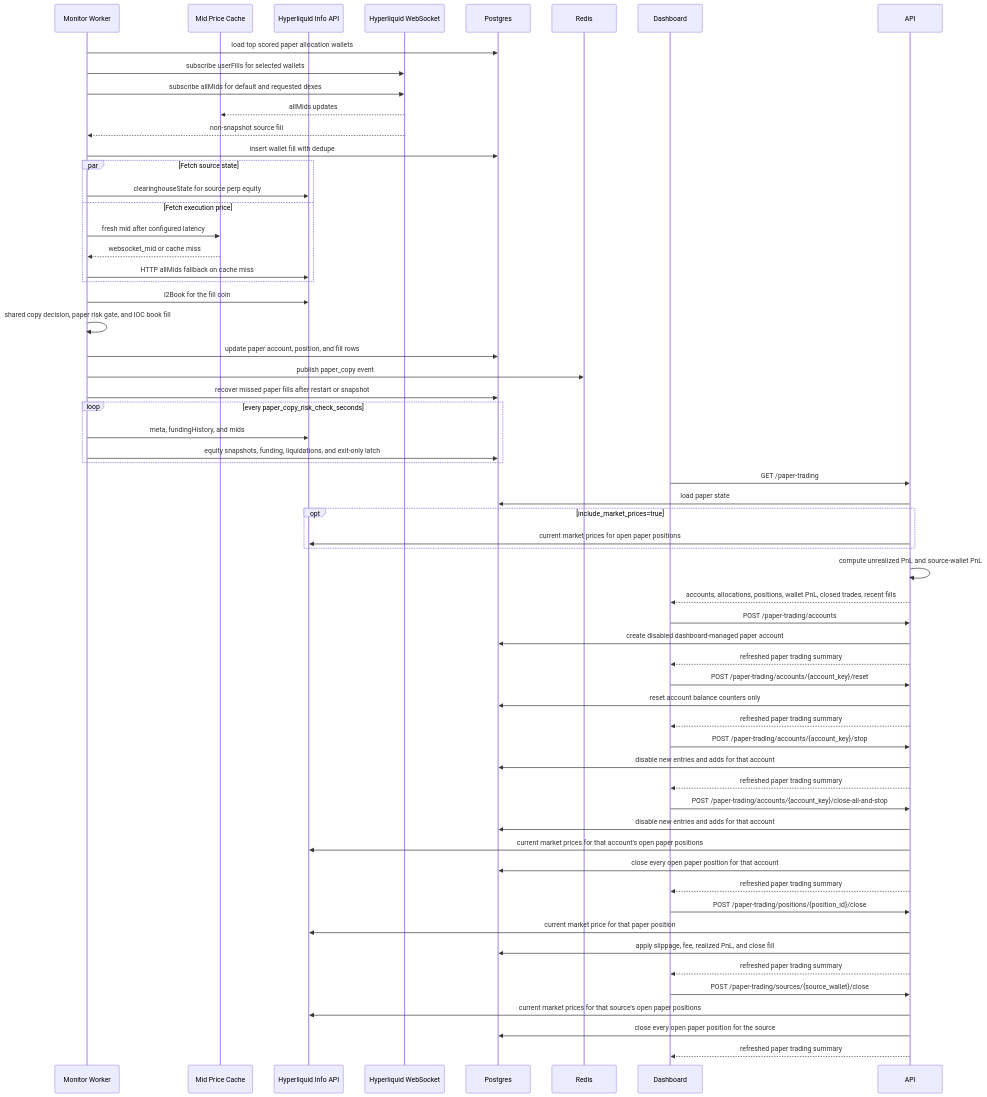
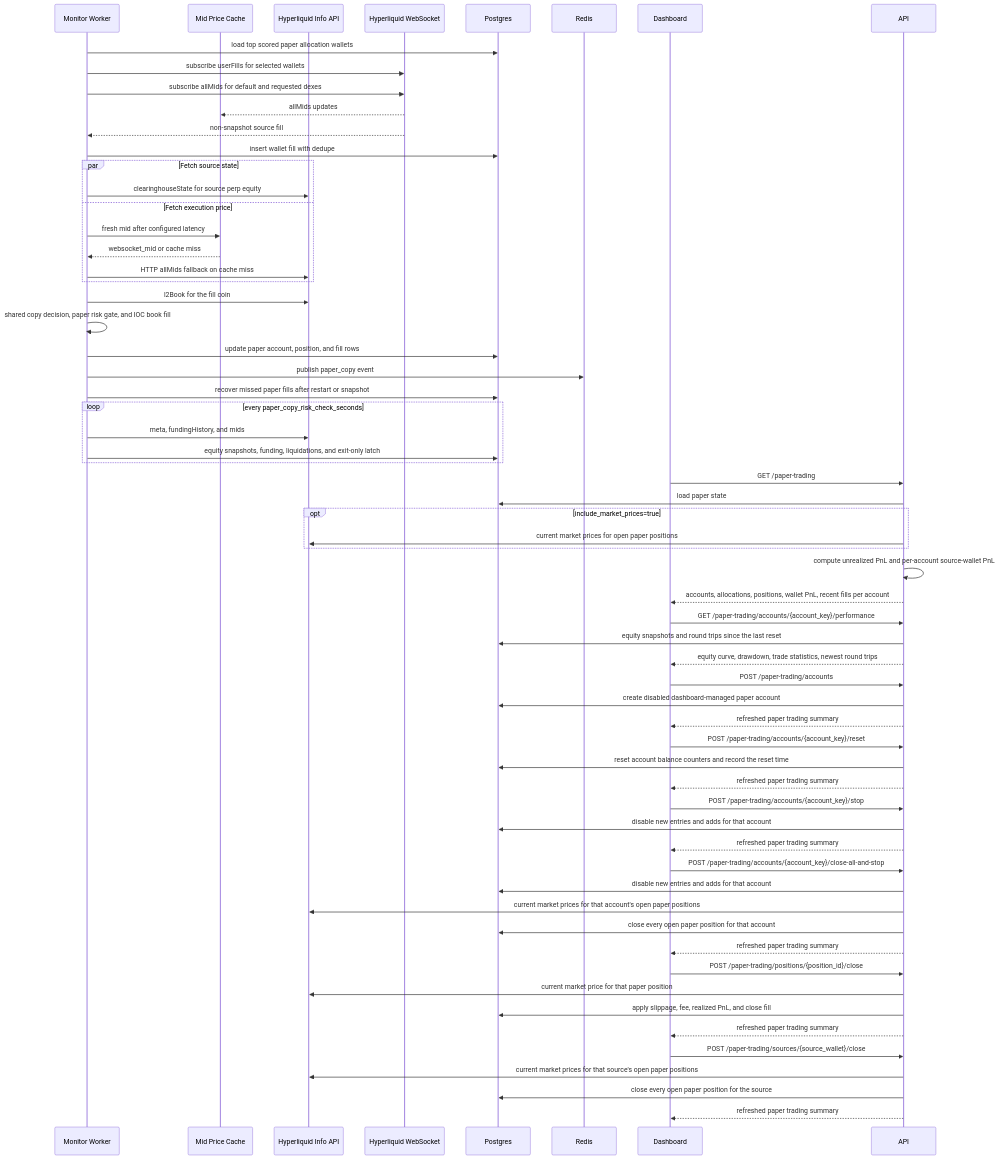
The tenth of 10 diagrams in docs/architecture.md (DrottPoker/copytrading-agent), drawn with Mermaid before and after one commit. The commit also changed other lines of this file and 32 other files, not shown here.

First line of the commit message:
Measure paper performance on equity and round trips

````diff
--- a/docs/architecture.md
+++ b/docs/architecture.md
@@ -1121,62 +1121,65 @@
 ```mermaid
 sequenceDiagram
   participant Worker as Monitor Worker
   participant PriceCache as Mid Price Cache
   participant HL as Hyperliquid Info API
   participant WS as Hyperliquid WebSocket
   participant DB as Postgres
   participant Redis as Redis
   participant UI as Dashboard
 
   Worker->>DB: load top scored paper allocation wallets
   Worker->>WS: subscribe userFills for selected wallets
   Worker->>WS: subscribe allMids for default and requested dexes
   WS-->>PriceCache: allMids updates
   WS-->>Worker: non-snapshot source fill
   Worker->>DB: insert wallet fill with dedupe
   par Fetch source state
     Worker->>HL: clearinghouseState for source perp equity
   and Fetch execution price
     Worker->>PriceCache: fresh mid after configured latency
     PriceCache-->>Worker: websocket_mid or cache miss
     Worker->>HL: HTTP allMids fallback on cache miss
   end
   Worker->>HL: l2Book for the fill coin
   Worker->>Worker: shared copy decision, paper risk gate, and IOC book fill
   Worker->>DB: update paper account, position, and fill rows
   Worker->>Redis: publish paper_copy event
   Worker->>DB: recover missed paper fills after restart or snapshot
   loop every paper_copy_risk_check_seconds
     Worker->>HL: meta, fundingHistory, and mids
     Worker->>DB: equity snapshots, funding, liquidations, and exit-only latch
   end
   UI->>API: GET /paper-trading
   API->>DB: load paper state
   opt include_market_prices=true
     API->>HL: current market prices for open paper positions
   end
-  API->>API: compute unrealized PnL and source-wallet PnL
-  API-->>UI: accounts, allocations, positions, wallet PnL, closed trades, recent fills
+  API->>API: compute unrealized PnL and per-account source-wallet PnL
+  API-->>UI: accounts, allocations, positions, wallet PnL, recent fills per account
+  UI->>API: GET /paper-trading/accounts/{account_key}/performance
+  API->>DB: equity snapshots and round trips since the last reset
+  API-->>UI: equity curve, drawdown, trade statistics, newest round trips
   UI->>API: POST /paper-trading/accounts
   API->>DB: create disabled dashboard-managed paper account
   API-->>UI: refreshed paper trading summary
   UI->>API: POST /paper-trading/accounts/{account_key}/reset
-  API->>DB: reset account balance counters only
+  API->>DB: reset account balance counters and record the reset time
   API-->>UI: refreshed paper trading summary
   UI->>API: POST /paper-trading/accounts/{account_key}/stop
   API->>DB: disable new entries and adds for that account
   API-->>UI: refreshed paper trading summary
   UI->>API: POST /paper-trading/accounts/{account_key}/close-all-and-stop
   API->>DB: disable new entries and adds for that account
   API->>HL: current market prices for that account's open paper positions
   API->>DB: close every open paper position for that account
   API-->>UI: refreshed paper trading summary
   UI->>API: POST /paper-trading/positions/{position_id}/close
   API->>HL: current market price for that paper position
   API->>DB: apply slippage, fee, realized PnL, and close fill
   API-->>UI: refreshed paper trading summary
   UI->>API: POST /paper-trading/sources/{source_wallet}/close
   API->>HL: current market prices for that source's open paper positions
   API->>DB: close every open paper position for the source
   API-->>UI: refreshed paper trading summary
 ```
````
